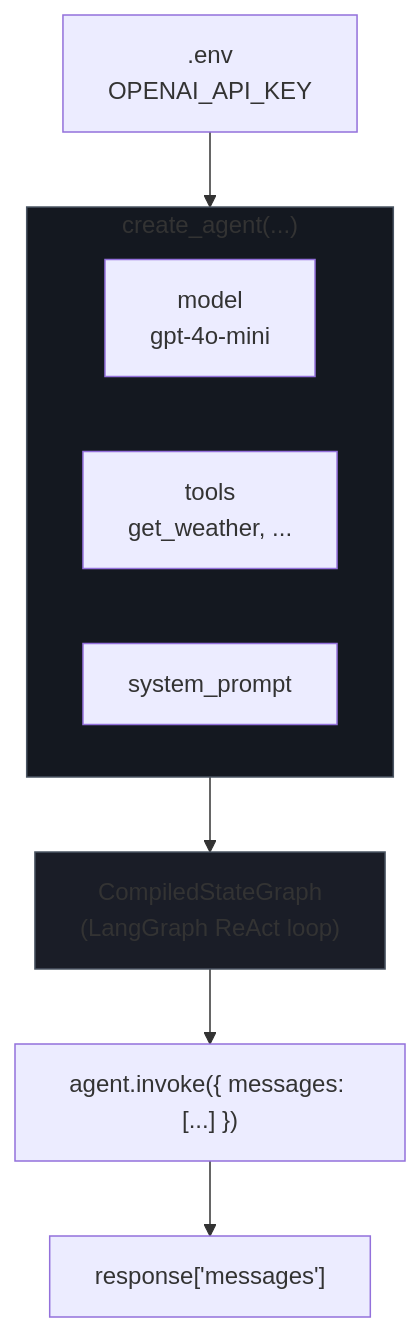
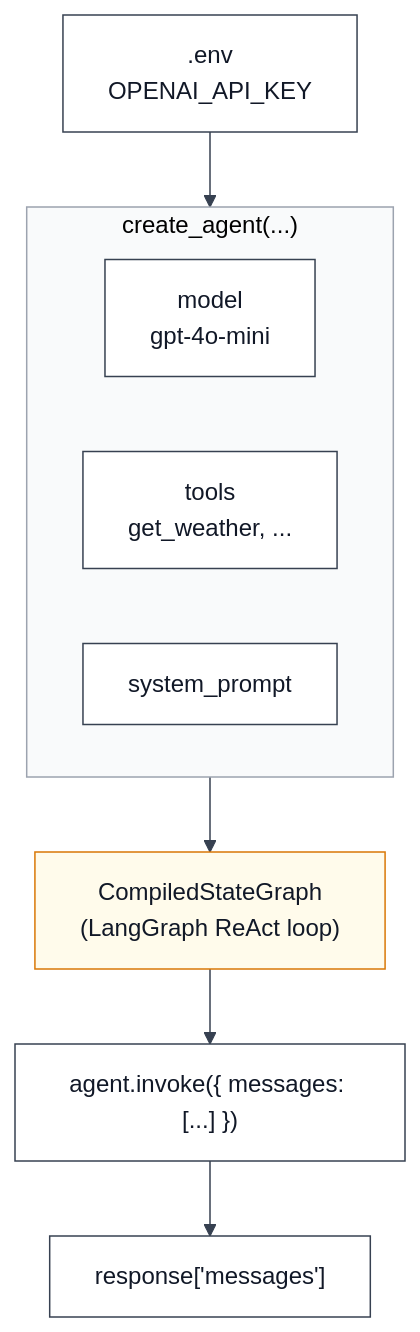
Before and after one commit to rahusri2/Agentic_AI: the third of 10 diagrams in updatedlangchain/reference/README.md, drawn with Mermaid. The commit also changed other lines of this file and 1 other file, not shown here.

````diff
--- a/updatedlangchain/reference/README.md
+++ b/updatedlangchain/reference/README.md
@@ -65,15 +72,15 @@
 ```mermaid
+%%{init: {"theme":"base","themeVariables":{"primaryColor":"#ffffff","primaryTextColor":"#111827","primaryBorderColor":"#374151","lineColor":"#374151","mainBkg":"#ffffff","nodeTextColor":"#111827","clusterBkg":"#f9fafb","clusterBorder":"#9ca3af"}}}%%
 flowchart TB
   ENV[".env<br/>OPENAI_API_KEY"] --> CREATE
   subgraph CREATE["create_agent(...)"]
     M["model<br/>gpt-4o-mini"]
     TL["tools<br/>get_weather, ..."]
     SP["system_prompt"]
   end
   CREATE --> GRAPH["CompiledStateGraph<br/>(LangGraph ReAct loop)"]
   GRAPH --> INV["agent.invoke({ messages: [...] })"]
   INV --> RES["response['messages']"]
 
-  style GRAPH fill:#1a1d27,stroke:#4b5563
-  style CREATE fill:#141820,stroke:#4b5563
+  style GRAPH fill:#fffbeb,stroke:#d97706,color:#111827
 ```
````
